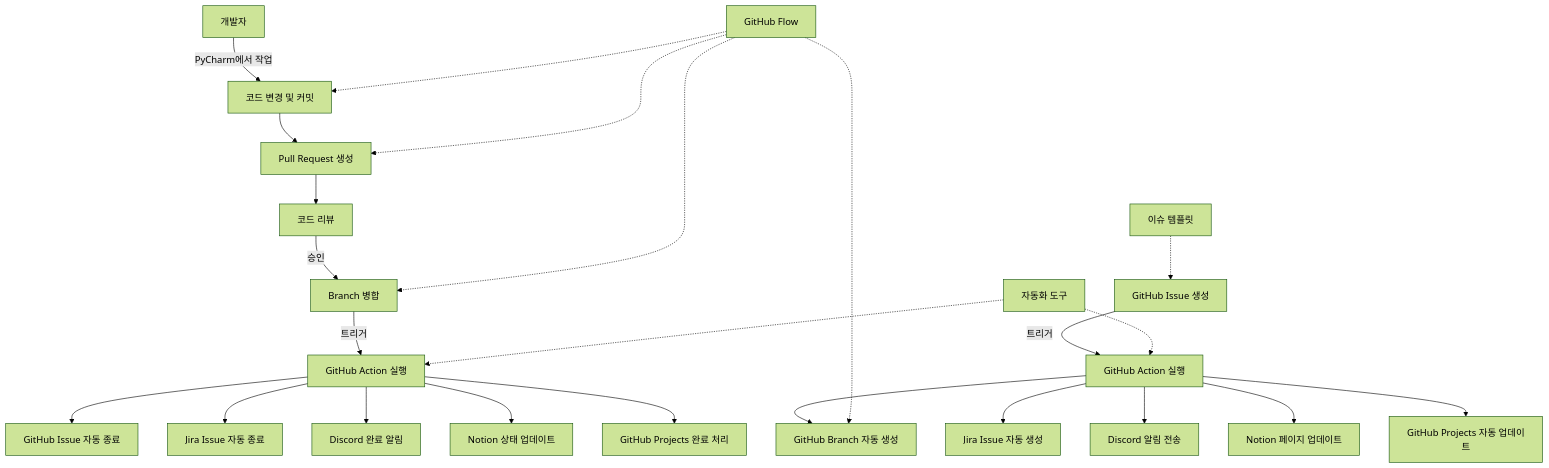
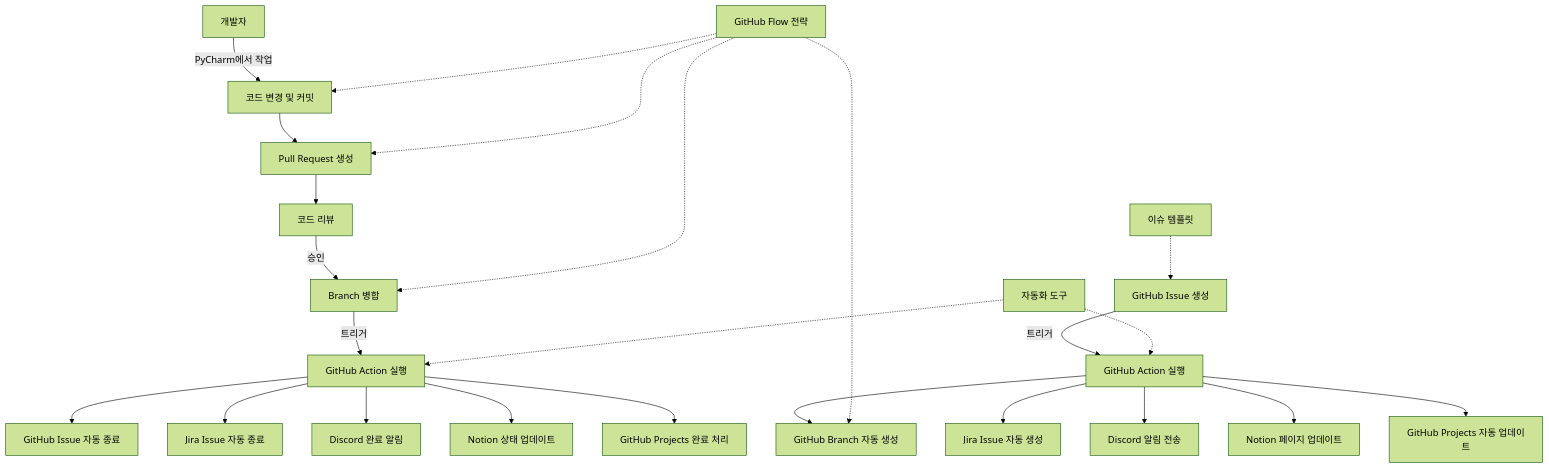
One commit to ds5105119/tangerineAPI changed the third of 3 diagrams in readme.md. Above: the diagram before and after it, drawn with Mermaid (forest theme). The commit also changed other lines of this file, not shown here.

````diff
--- a/readme.md
+++ b/readme.md
@@ -384,35 +623,35 @@
 ```mermaid
 graph TD
     A[GitHub Issue 생성] -->|트리거| B[GitHub Action 실행]
     B --> C[GitHub Branch 자동 생성]
     B --> D[Jira Issue 자동 생성]
     B --> E[Discord 알림 전송]
     B --> F[Notion 페이지 업데이트]
     B --> R[GitHub Projects 자동 업데이트]
 
     G[개발자] -->|PyCharm에서 작업| H[코드 변경 및 커밋]
     H --> I[Pull Request 생성]
 
     I --> J[코드 리뷰]
     J -->|승인| K[Branch 병합]
 
     K -->|트리거| L[GitHub Action 실행]
     L --> M[GitHub Issue 자동 종료]
     L --> N[Jira Issue 자동 종료]
     L --> O[Discord 완료 알림]
     L --> P[Notion 상태 업데이트]
     L --> S[GitHub Projects 완료 처리]
 
     Q[자동화 도구]
     Q -.-> B
     Q -.-> L
 
-    T[GitHub Flow]
+    T[GitHub Flow 전략]
     T -.-> C
     T -.-> H
     T -.-> I
     T -.-> K
 
     U[이슈 템플릿]
     U -.-> A
 ```
````
